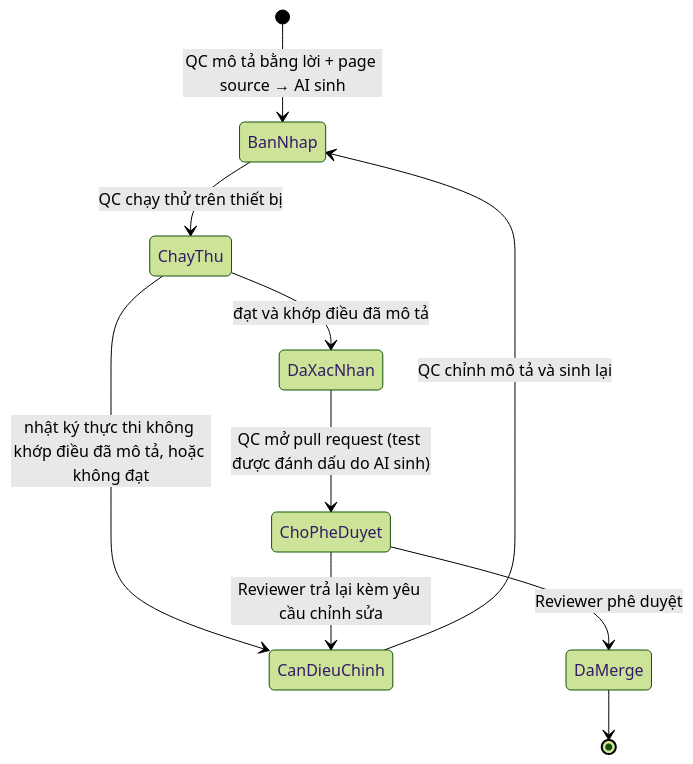
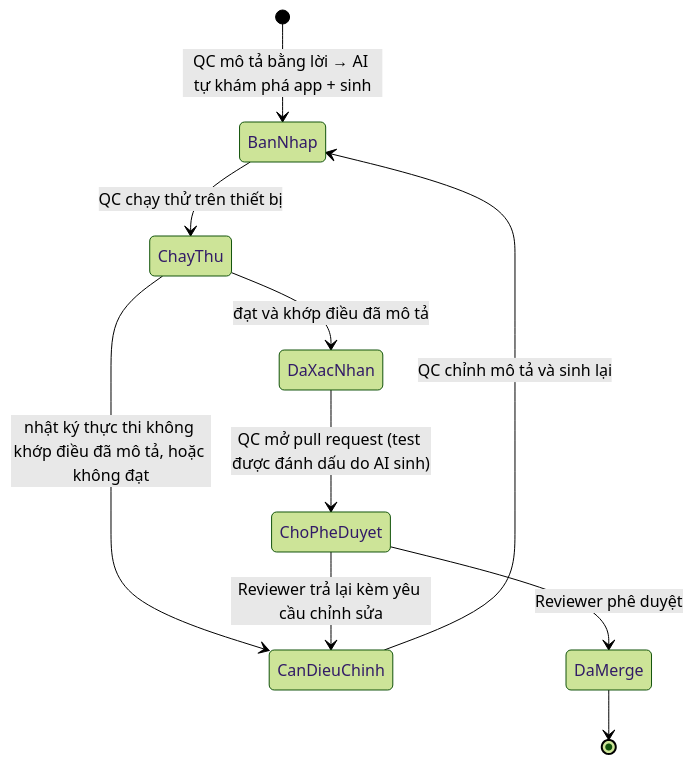
Before and after one commit to kytruongdev/aimtap: the second of 2 diagrams in docs/business/phase-2/business-rules.md, drawn with Mermaid (forest theme). The commit also changed other lines of this file and 6 other files, not shown here.

````diff
--- a/docs/business/phase-2/business-rules.md
+++ b/docs/business/phase-2/business-rules.md
@@ -97,12 +97,12 @@
 ```mermaid
 stateDiagram-v2
-[*] --> BanNhap: QC mô tả bằng lời + page source → AI sinh
+[*] --> BanNhap: QC mô tả bằng lời → AI tự khám phá app + sinh
 BanNhap --> ChayThu: QC chạy thử trên thiết bị
 ChayThu --> CanDieuChinh: nhật ký thực thi không khớp điều đã mô tả, hoặc không đạt
 CanDieuChinh --> BanNhap: QC chỉnh mô tả và sinh lại
 ChayThu --> DaXacNhan: đạt và khớp điều đã mô tả
 DaXacNhan --> ChoPheDuyet: QC mở pull request (test được đánh dấu do AI sinh)
 ChoPheDuyet --> DaMerge: Reviewer phê duyệt
 ChoPheDuyet --> CanDieuChinh: Reviewer trả lại kèm yêu cầu chỉnh sửa
 DaMerge --> [*]
 ```
````
